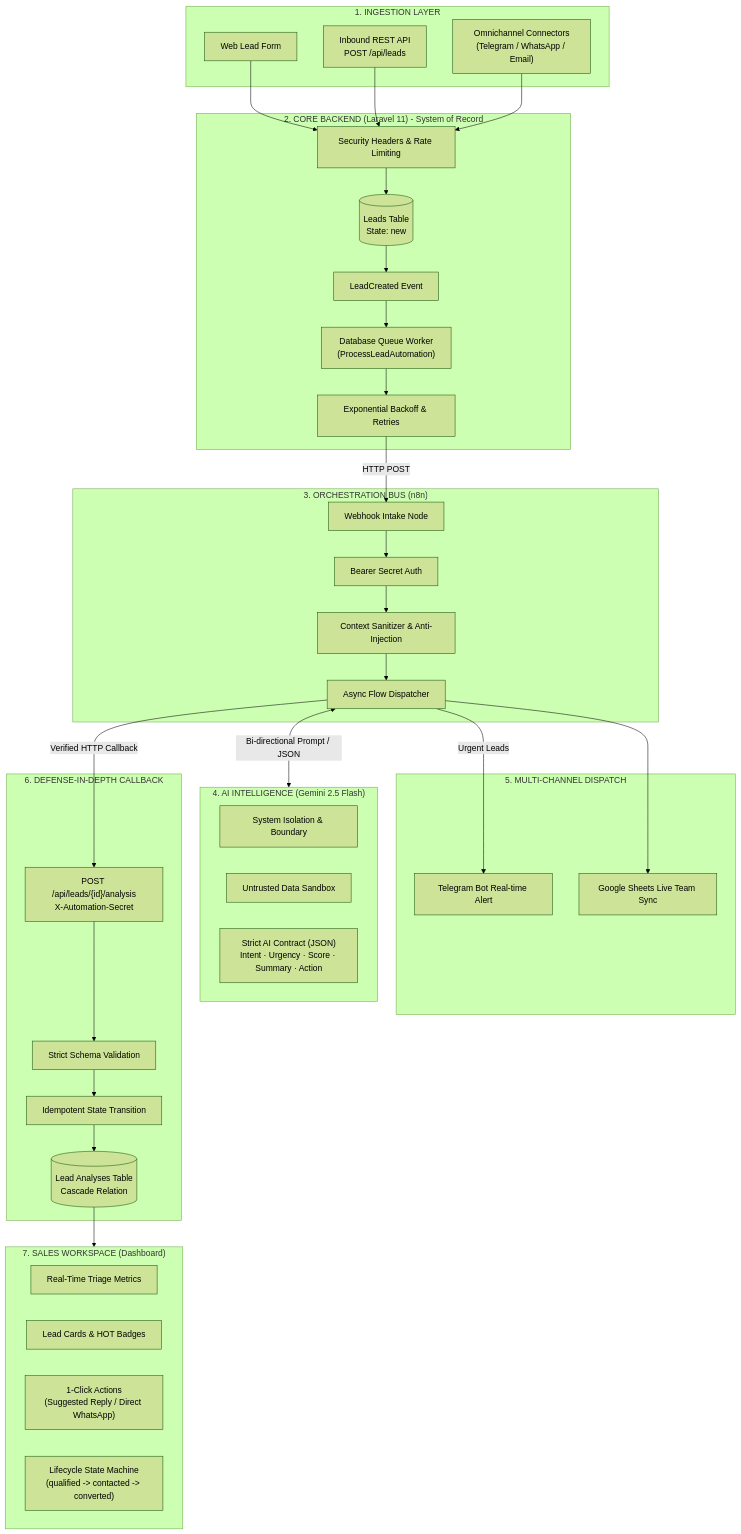
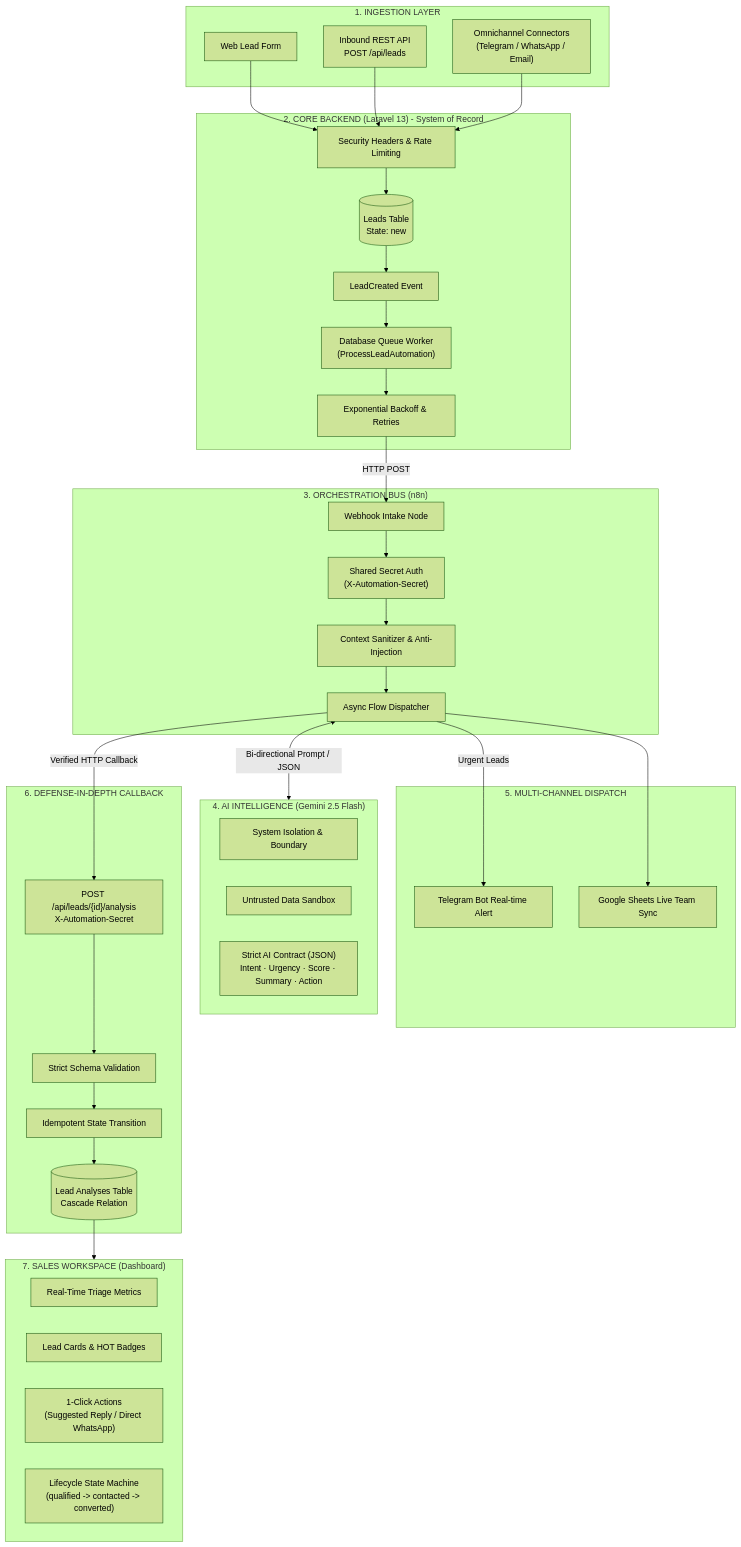
One commit to mohammedjouda/ai-lead-triage changed the diagram in README.md. Above: the diagram before and after it, drawn with Mermaid (forest theme). The commit also changed other lines of this file, not shown here.

Commit message:
Update README for Laravel version and wording changes

````diff
--- a/README.md
+++ b/README.md
@@ -18,71 +18,71 @@
 ```mermaid
 flowchart TD
     subgraph INGESTION["1. INGESTION LAYER"]
         W[Web Lead Form]
         API["Inbound REST API\nPOST /api/leads"]
         OMNI["Omnichannel Connectors\n(Telegram / WhatsApp / Email)"]
     end
 
-    subgraph BACKEND["2. CORE BACKEND (Laravel 11) - System of Record"]
+    subgraph BACKEND["2. CORE BACKEND (Laravel 13) - System of Record"]
         SEC[Security Headers & Rate Limiting]
         DB_L[("Leads Table\nState: new")]
         EVT[LeadCreated Event]
         Q["Database Queue Worker\n(ProcessLeadAutomation)"]
         RETRY[Exponential Backoff & Retries]
     end
 
     subgraph ORCHESTRATION["3. ORCHESTRATION BUS (n8n)"]
         WH[Webhook Intake Node]
-        AUTH[Bearer Secret Auth]
+        AUTH["Shared Secret Auth\n(X-Automation-Secret)"]
         CTX[Context Sanitizer & Anti-Injection]
         DISP[Async Flow Dispatcher]
     end
 
     subgraph AI["4. AI INTELLIGENCE (Gemini 2.5 Flash)"]
         ISO[System Isolation & Boundary]
         PROMPT[Untrusted Data Sandbox]
         SCHEMA["Strict AI Contract (JSON)\nIntent · Urgency · Score · Summary · Action"]
     end
 
     subgraph NOTIFICATIONS["5. MULTI-CHANNEL DISPATCH"]
         TG[Telegram Bot Real-time Alert]
         GS[Google Sheets Live Team Sync]
     end
 
     subgraph CALLBACK["6. DEFENSE-IN-DEPTH CALLBACK"]
         CB["POST /api/leads/{id}/analysis\nX-Automation-Secret"]
         VAL[Strict Schema Validation]
         IDEMP[Idempotent State Transition]
         DB_A[("Lead Analyses Table\nCascade Relation")]
     end
 
     subgraph WORKSPACE["7. SALES WORKSPACE (Dashboard)"]
         METRICS[Real-Time Triage Metrics]
         CARDS[Lead Cards & HOT Badges]
         ACTIONS["1-Click Actions\n(Suggested Reply / Direct WhatsApp)"]
         CYCLE["Lifecycle State Machine\n(qualified -> contacted -> converted)"]
     end
 
     W --> SEC
     API --> SEC
     OMNI --> SEC
     SEC --> DB_L
     DB_L --> EVT
     EVT --> Q
     Q --> RETRY
     RETRY -->|HTTP POST| WH
 
     WH --> AUTH
     AUTH --> CTX
     CTX --> DISP
     DISP <-->|Bi-directional Prompt / JSON| AI
 
     DISP -->|Urgent Leads| TG
     DISP --> GS
     DISP -->|Verified HTTP Callback| CB
 
     CB --> VAL
     VAL --> IDEMP
     IDEMP --> DB_A
     DB_A --> WORKSPACE
 ```
````
